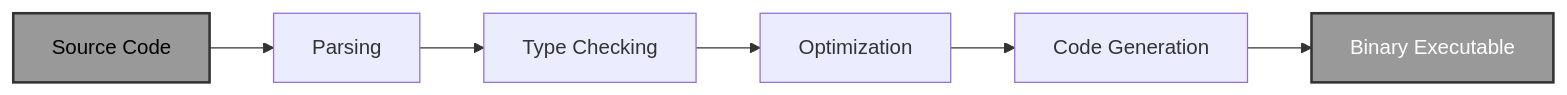
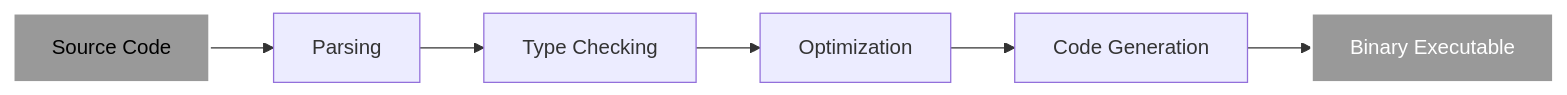
One commit to kutt27/golangdocs changed the first of 2 diagrams in docs/1. Basics/2. Go-Compiler.md. Above: the diagram before and after it, drawn with Mermaid. The commit also changed other lines of this file, not shown here.

````diff
--- a/docs/1. Basics/2. Go-Compiler.md
+++ b/docs/1. Basics/2. Go-Compiler.md
@@ -32,10 +31,10 @@
     ```mermaid
     graph LR
         A[Source Code] --> B[Parsing]
         B --> C[Type Checking]
         C --> D[Optimization]
         D --> E[Code Generation]
         E --> F[Binary Executable]
-        style A fill:#999,stroke:#333,stroke-width:2px,color:#000
-        style F fill:#999,stroke:#333,stroke-width:2px,color:#fff
+        style A fill:#999,stroke:#fff,stroke-width:2px,color:#000
+        style F fill:#999,stroke:#fff,stroke-width:2px,color:#fff
     ```
````
